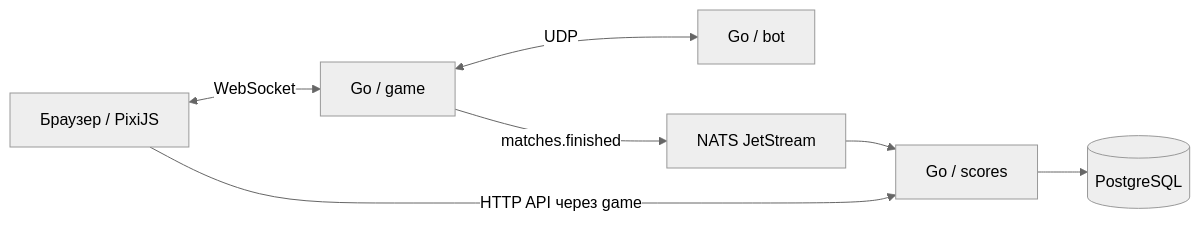
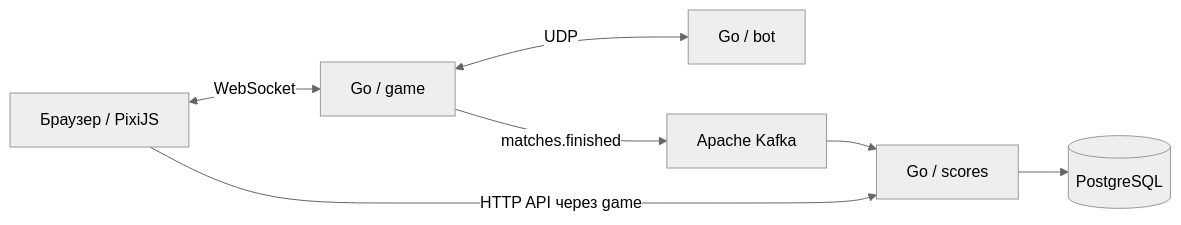
One commit to lagatun54/orbital-run changed the diagram in README.md. Above: the diagram before and after it, drawn with Mermaid (neutral theme). The commit also changed other lines of this file and 10 other files, not shown here.

````diff
--- a/README.md
+++ b/README.md
@@ -43,9 +44,9 @@
 ```mermaid
 flowchart LR
     Browser["Браузер / PixiJS"] <-->|WebSocket| Game["Go / game"]
     Game <-->|UDP| Bot["Go / bot"]
-    Game -->|"matches.finished"| NATS["NATS JetStream"]
-    NATS --> Scores["Go / scores"]
+    Game -->|"matches.finished"| Kafka["Apache Kafka"]
+    Kafka --> Scores["Go / scores"]
     Scores --> PG[("PostgreSQL")]
     Browser -->|"HTTP API через game"| Scores
 ```
````
